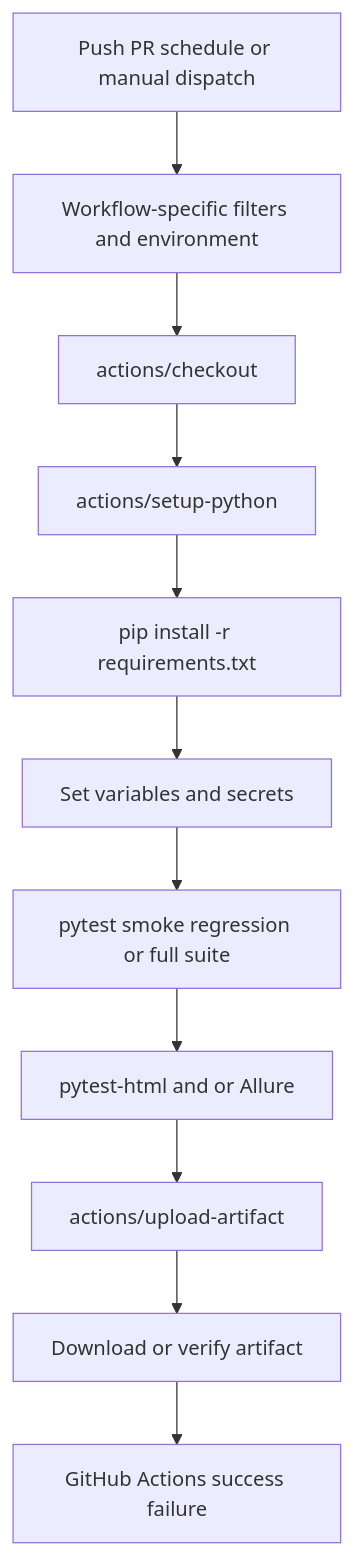
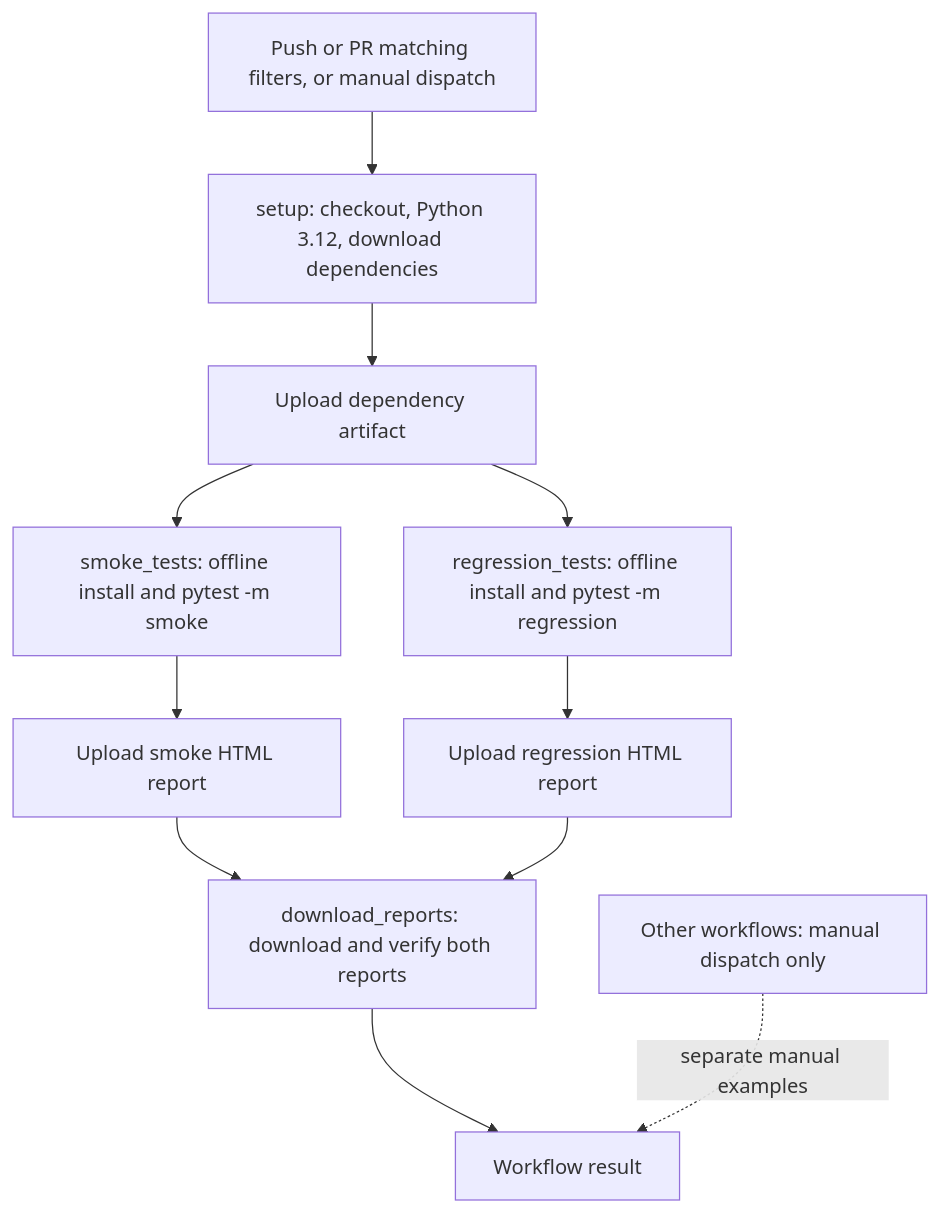
Before and after one commit to hellojanardhan/restful-booker-api-automation: the second of 2 diagrams in README.md, drawn with Mermaid. The commit also changed other lines of this file and 17 other files, not shown here.

````diff
--- a/README.md
+++ b/README.md
@@ -539,17 +501,23 @@
 ```mermaid
 flowchart TD
-    Trigger[Push PR schedule or manual dispatch]
-    Select[Workflow-specific filters and environment]
-    Checkout[actions/checkout]
-    Setup[actions/setup-python]
-    Install[pip install -r requirements.txt]
-    Config[Set variables and secrets]
-    Test[pytest smoke regression or full suite]
-    Report[pytest-html and or Allure]
-    Upload[actions/upload-artifact]
-    Download[Download or verify artifact]
-    Result[GitHub Actions success failure]
+    Trigger[Push or PR matching filters, or manual dispatch]
+    Setup[setup: checkout, Python 3.12, download dependencies]
+    Wheelhouse[Upload dependency artifact]
+    Smoke[smoke_tests: offline install and pytest -m smoke]
+    Regression[regression_tests: offline install and pytest -m regression]
+    SmokeArtifact[Upload smoke HTML report]
+    RegressionArtifact[Upload regression HTML report]
+    Verify[download_reports: download and verify both reports]
+    Result[Workflow result]
+    Learning[Other workflows: manual dispatch only]
 
-    Trigger --> Select --> Checkout --> Setup --> Install --> Config --> Test
-    Test --> Report --> Upload --> Download --> Result
+    Trigger --> Setup --> Wheelhouse
+    Wheelhouse --> Smoke
+    Wheelhouse --> Regression
+    Smoke --> SmokeArtifact
+    Regression --> RegressionArtifact
+    SmokeArtifact --> Verify
+    RegressionArtifact --> Verify
+    Verify --> Result
+    Learning -. separate manual examples .-> Result
 ```
````
